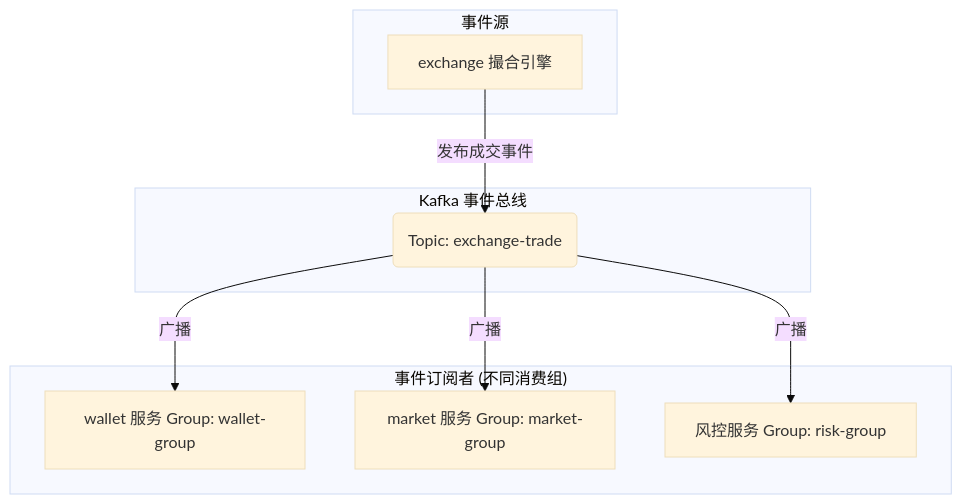
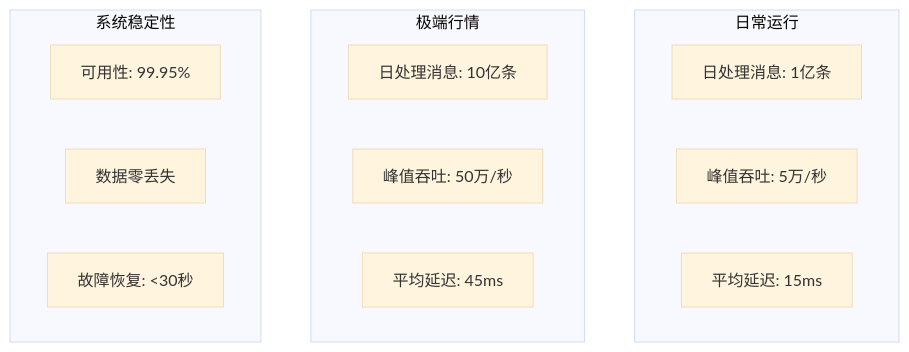
One commit to kick-pixel/btc_eth_bizzan_contract_Exchange_ztuo_jiaoyisuo changed the second of 2 diagrams in doc/09.异步通信核心 - Apache Kafka.md. Above: the diagram before and after it, drawn with Mermaid (base theme). The commit also changed other lines of this file and 27 other files, not shown here.

````diff
--- a/doc/09.异步通信核心 - Apache Kafka.md
+++ b/doc/09.异步通信核心 - Apache Kafka.md
@@ -163,21 +327,20 @@
 ```mermaid
 graph TD
-    subgraph "事件源"
-        Exchange[exchange 撮合引擎]
+    subgraph "日常运行"
+        D1[日处理消息: 1亿条]
+        D2[峰值吞吐: 5万/秒]
+        D3[平均延迟: 15ms]
     end
 
-    subgraph "Kafka 事件总线"
-        TradeTopic("Topic: exchange-trade")
+    subgraph "极端行情"
+        E1[日处理消息: 10亿条]
+        E2[峰值吞吐: 50万/秒]
+        E3[平均延迟: 45ms]
     end
 
-    subgraph "事件订阅者 (不同消费组)"
-        Wallet[wallet 服务 Group: wallet-group]
-        Market[market 服务 Group: market-group]
-        Risk[风控服务 Group: risk-group]
+    subgraph "系统稳定性"
+        S1[可用性: 99.95%]
+        S2[数据零丢失]
+        S3[故障恢复: <30秒]
     end
-
-    Exchange -- "发布成交事件" --> TradeTopic;
-    TradeTopic -- "广播" --> Wallet;
-    TradeTopic -- "广播" --> Market;
-    TradeTopic -- "广播" --> Risk;
 ```
````
